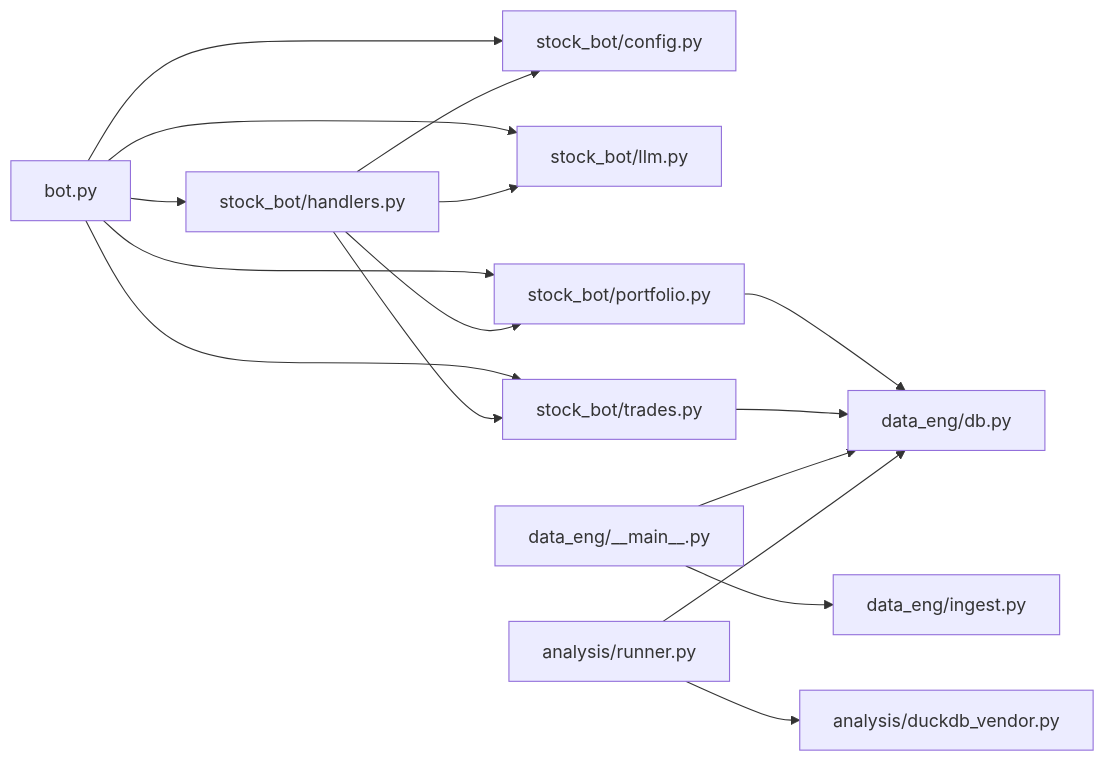
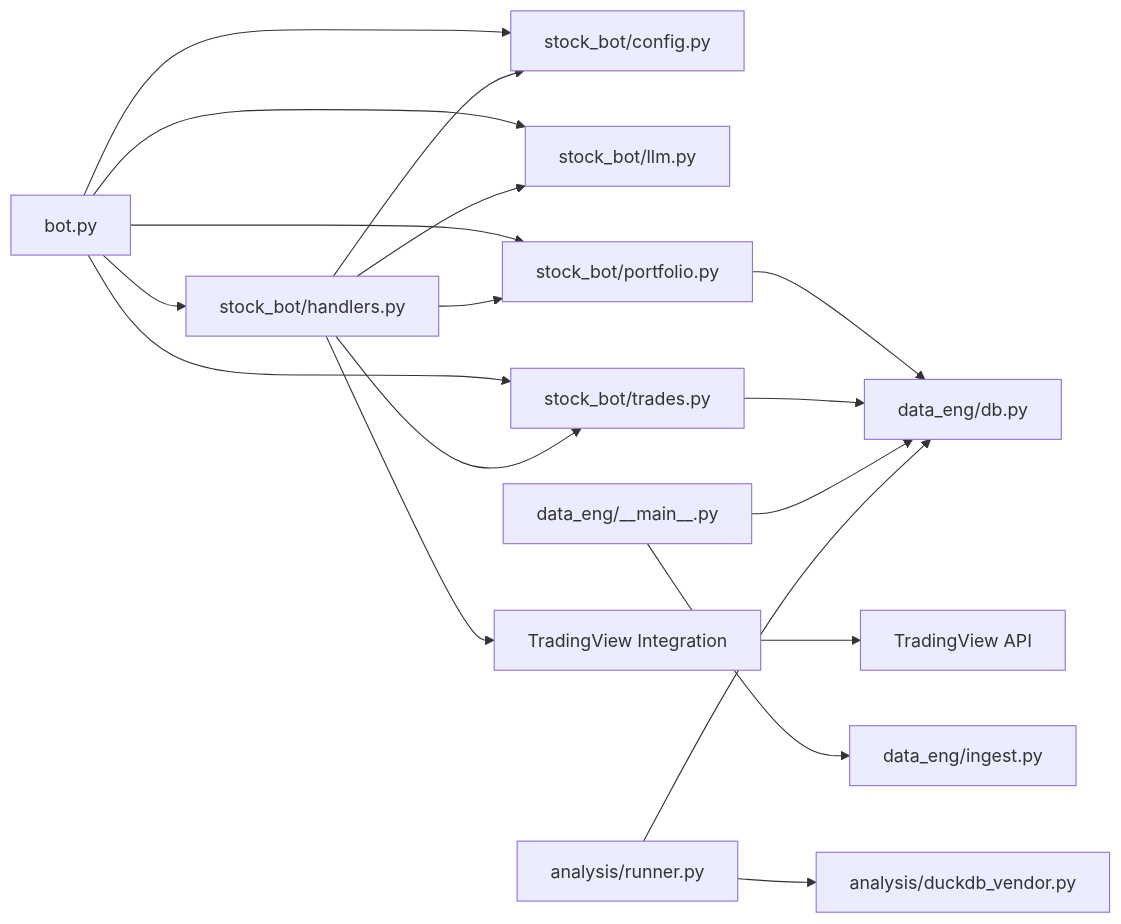
Before and after one commit to ZengSeng/telegram-bot: the fourth of 4 diagrams in .qoder/repowiki/en/content/Core Components/Stock Trading Bot.md, drawn with Mermaid. The commit also changed other lines of this file and 24 other files, not shown here.

````diff
--- a/.qoder/repowiki/en/content/Core Components/Stock Trading Bot.md
+++ b/.qoder/repowiki/en/content/Core Components/Stock Trading Bot.md
@@ -314,18 +398,20 @@
 ```mermaid
 graph LR
 BOT["bot.py"] --> HANDLERS["stock_bot/handlers.py"]
 BOT --> CFG["stock_bot/config.py"]
 BOT --> LLM["stock_bot/llm.py"]
 BOT --> PORTFOLIO["stock_bot/portfolio.py"]
 BOT --> TRADES["stock_bot/trades.py"]
 HANDLERS --> PORTFOLIO
 HANDLERS --> TRADES
 HANDLERS --> LLM
 HANDLERS --> CFG
+HANDLERS --> TRADINGVIEW["TradingView Integration"]
 PORTFOLIO --> DB["data_eng/db.py"]
 TRADES --> DB
 DATA_MAIN["data_eng/__main__.py"] --> INGEST["data_eng/ingest.py"]
 DATA_MAIN --> DB
 ANALYSIS_RUNNER["analysis/runner.py"] --> DUCK["analysis/duckdb_vendor.py"]
 ANALYSIS_RUNNER --> DB
+TRADINGVIEW --> TV_API["TradingView API"]
 ```
````
